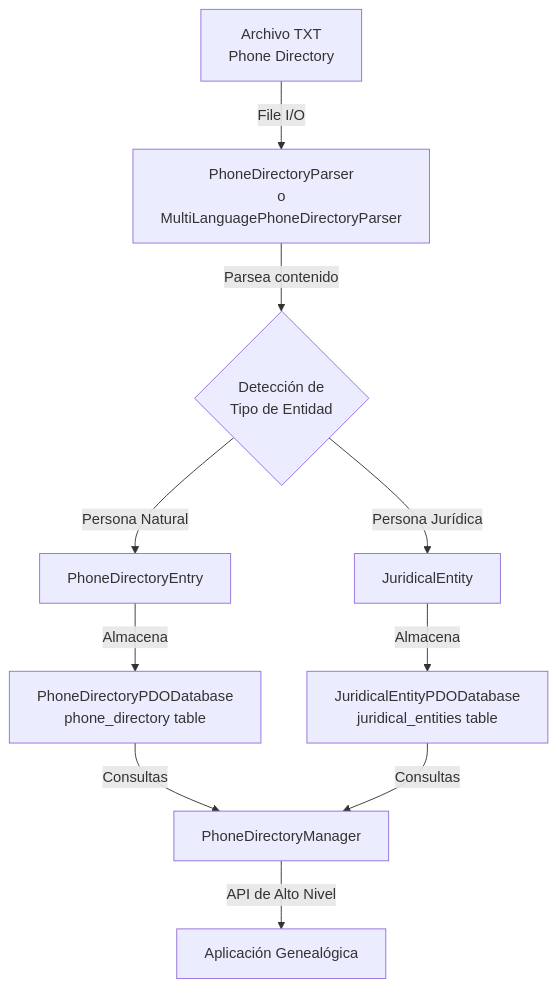
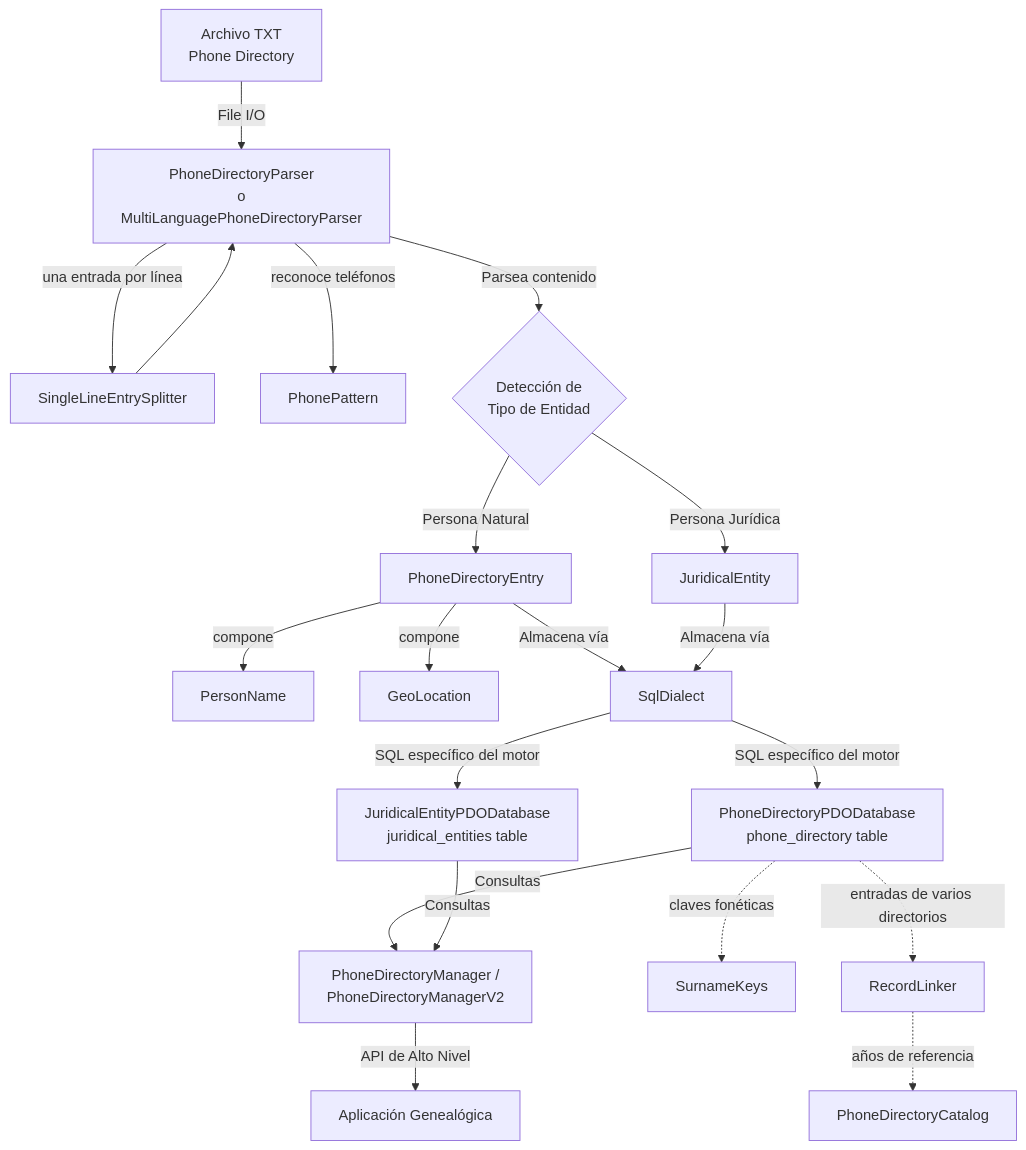
Before and after one commit to lol-protocol/php: the first of 11 diagrams in src/PhoneDirectory/ARCHITECTURE.md, drawn with Mermaid. The commit also changed other lines of this file and 7 other files, not shown here.

````diff
--- a/src/PhoneDirectory/ARCHITECTURE.md
+++ b/src/PhoneDirectory/ARCHITECTURE.md
@@ -7,17 +7,30 @@
 ```mermaid
 graph TD
     A[Archivo TXT<br/>Phone Directory] -->|File I/O| B[PhoneDirectoryParser<br/>o<br/>MultiLanguagePhoneDirectoryParser]
-    
+
+    B -->|una entrada por línea| S[SingleLineEntrySplitter]
+    B -->|reconoce teléfonos| PP[PhonePattern]
+    S --> B
+
     B -->|Parsea contenido| C{Detección de<br/>Tipo de Entidad}
-    
+
     C -->|Persona Natural| D[PhoneDirectoryEntry]
     C -->|Persona Jurídica| E[JuridicalEntity]
-    
-    D -->|Almacena| F[PhoneDirectoryPDODatabase<br/>phone_directory table]
-    E -->|Almacena| G[JuridicalEntityPDODatabase<br/>juridical_entities table]
-    
-    F -->|Consultas| H[PhoneDirectoryManager]
+
+    D -->|compone| PN[PersonName]
+    D -->|compone| GL[GeoLocation]
+
+    D -->|Almacena vía| SD[SqlDialect]
+    E -->|Almacena vía| SD
+    SD -->|SQL específico del motor| F[PhoneDirectoryPDODatabase<br/>phone_directory table]
+    SD -->|SQL específico del motor| G[JuridicalEntityPDODatabase<br/>juridical_entities table]
+
+    F -->|Consultas| H[PhoneDirectoryManager /<br/>PhoneDirectoryManagerV2]
     G -->|Consultas| H
-    
+
+    F -.->|claves fonéticas| SK[SurnameKeys]
+    F -.->|entradas de varios directorios| RL[RecordLinker]
+    RL -.->|años de referencia| CAT[PhoneDirectoryCatalog]
+
     H -->|API de Alto Nivel| I[Aplicación Genealógica]
 ```
````
